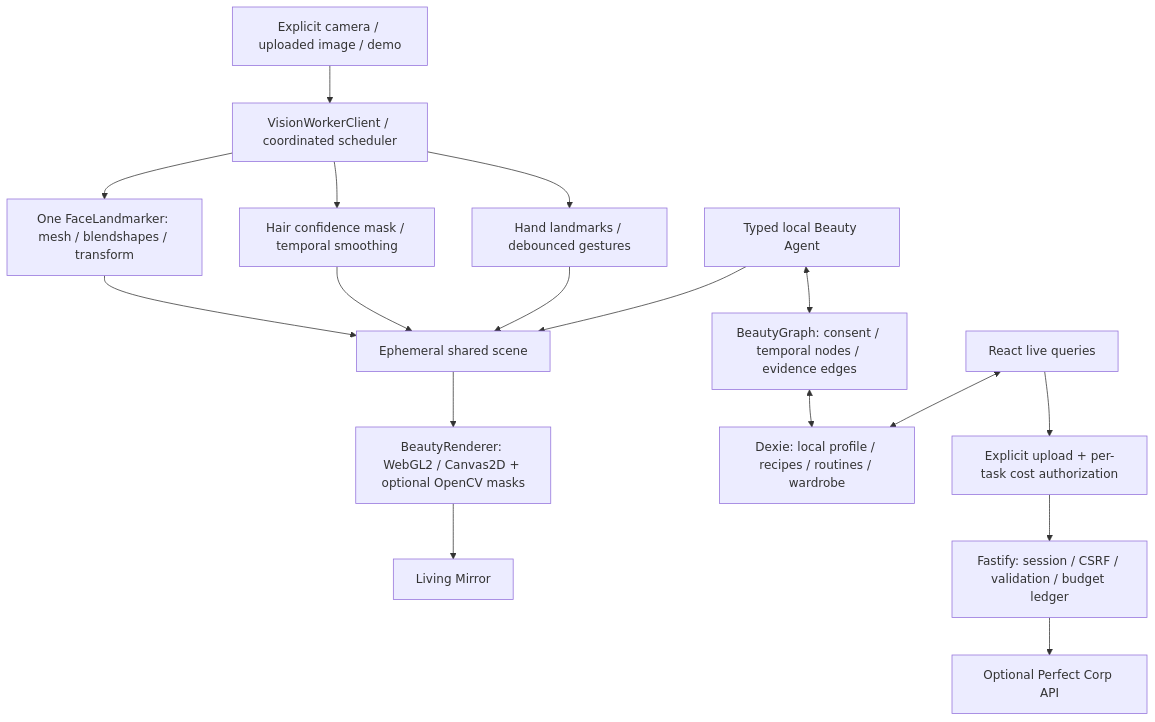
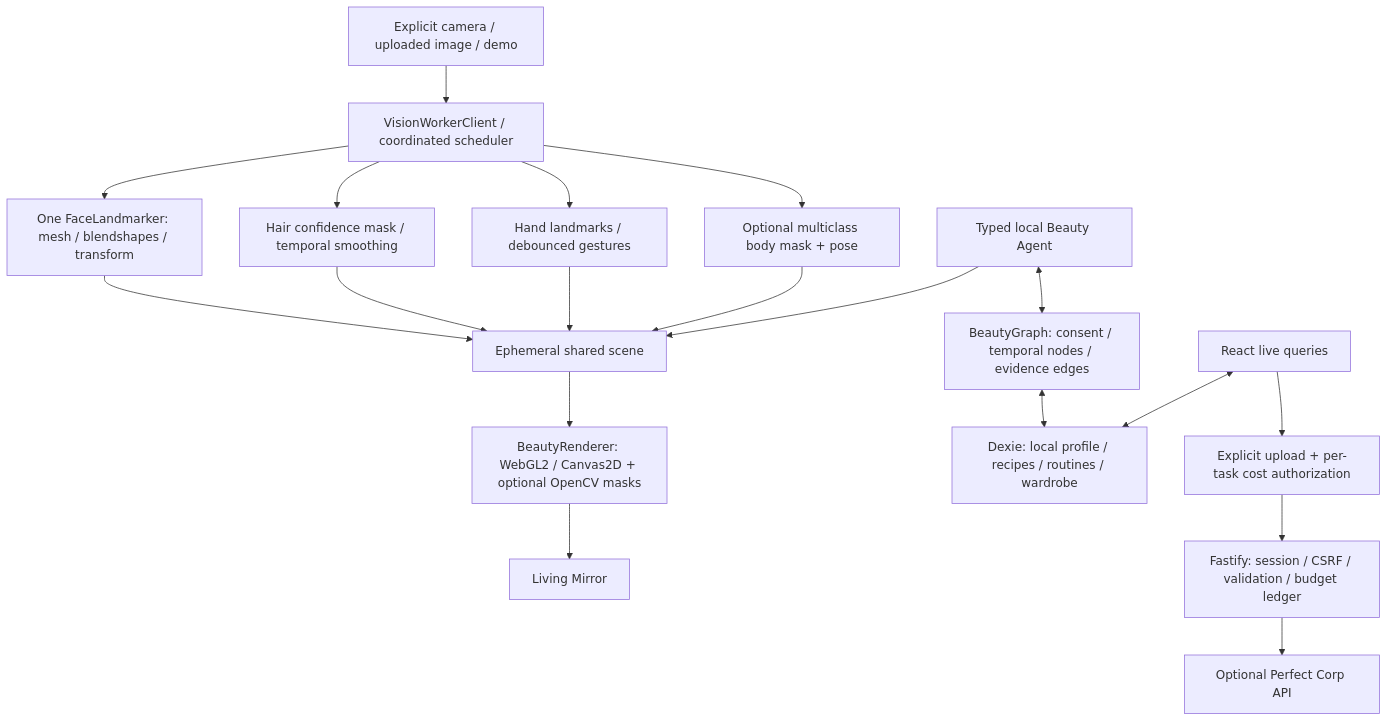
One commit to mylife-as-miles/True-Beauty changed the diagram in docs/ARCHITECTURE.md. Above: the diagram before and after it, drawn with Mermaid. The commit also changed other lines of this file and 208 other files, not shown here.

````diff
--- a/docs/ARCHITECTURE.md
+++ b/docs/ARCHITECTURE.md
@@ -5,19 +5,21 @@
 ```mermaid
 flowchart TD
     Input[Explicit camera / uploaded image / demo] --> Scheduler[VisionWorkerClient / coordinated scheduler]
     Scheduler --> Face[One FaceLandmarker: mesh / blendshapes / transform]
     Scheduler --> Hair[Hair confidence mask / temporal smoothing]
     Scheduler --> Hands[Hand landmarks / debounced gestures]
     Face --> Scene[Ephemeral shared scene]
     Hair --> Scene
     Hands --> Scene
+    Scheduler --> Body[Optional multiclass body mask + pose]
+    Body --> Scene
     Scene --> Renderer[BeautyRenderer: WebGL2 / Canvas2D + optional OpenCV masks]
     Renderer --> Mirror[Living Mirror]
     Agent[Typed local Beauty Agent] --> Scene
     Agent <--> Memory[BeautyGraph: consent / temporal nodes / evidence edges]
     Memory <--> DB[Dexie: local profile / recipes / routines / wardrobe]
     UI[React live queries] <--> DB
     UI --> Consent[Explicit upload + per-task cost authorization]
     Consent --> API[Fastify: session / CSRF / validation / budget ledger]
     API --> Provider[Optional Perfect Corp API]
 ```
````
